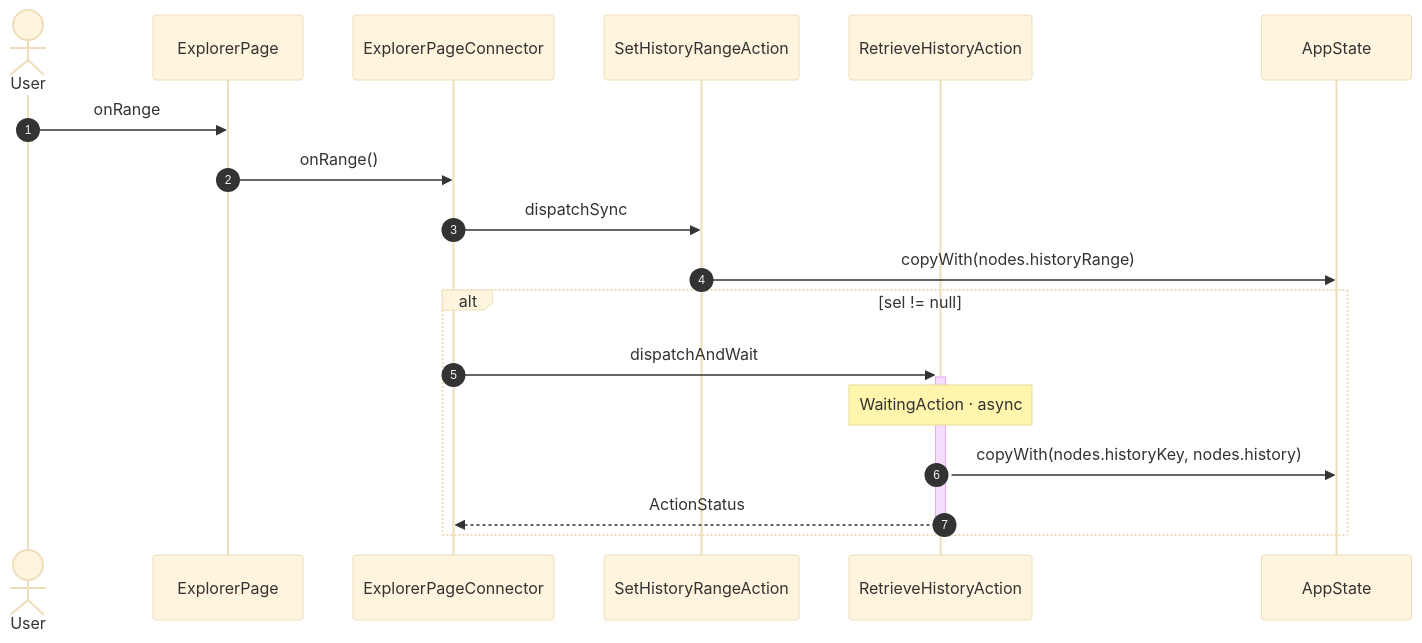
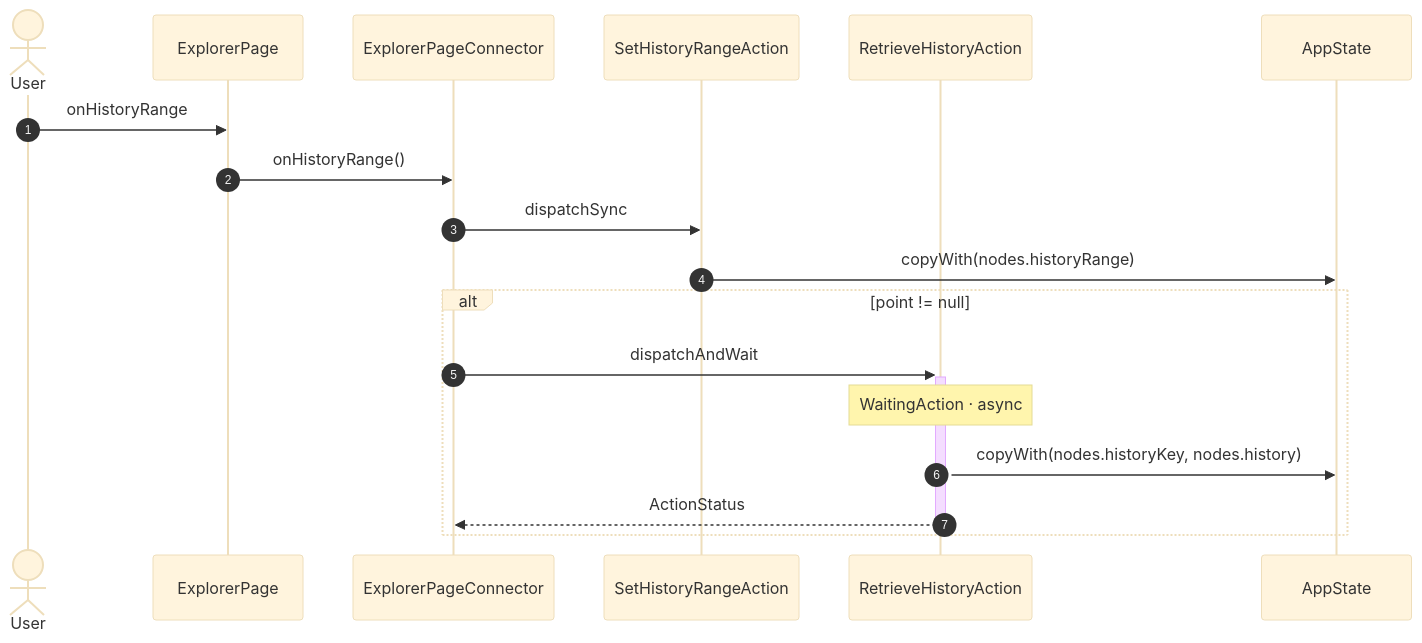
Diagram 20 of 24 in studio/docs/flows/explorer.md (gencto/wyrm), drawn with Mermaid (base theme) before and after one commit. The commit also changed other lines of this file and 67 other files, not shown here.

````diff
--- a/studio/docs/flows/explorer.md
+++ b/studio/docs/flows/explorer.md
@@ -135,21 +371,21 @@
 ```mermaid
 sequenceDiagram
     autonumber
     actor User
     participant UI as ExplorerPage
     participant VM as ExplorerPageConnector
     participant A1 as SetHistoryRangeAction
     participant A2 as RetrieveHistoryAction
     participant ST as AppState
 
-    User->>UI: onRange
-    UI->>VM: onRange()
+    User->>UI: onHistoryRange
+    UI->>VM: onHistoryRange()
     VM->>A1: dispatchSync
     A1->>ST: copyWith(nodes.historyRange)
-    alt sel != null
+    alt point != null
         VM->>+A2: dispatchAndWait
         Note over A2: WaitingAction · async
         A2->>ST: copyWith(nodes.historyKey, nodes.history)
         A2-->>-VM: ActionStatus
     end
 ```
````
